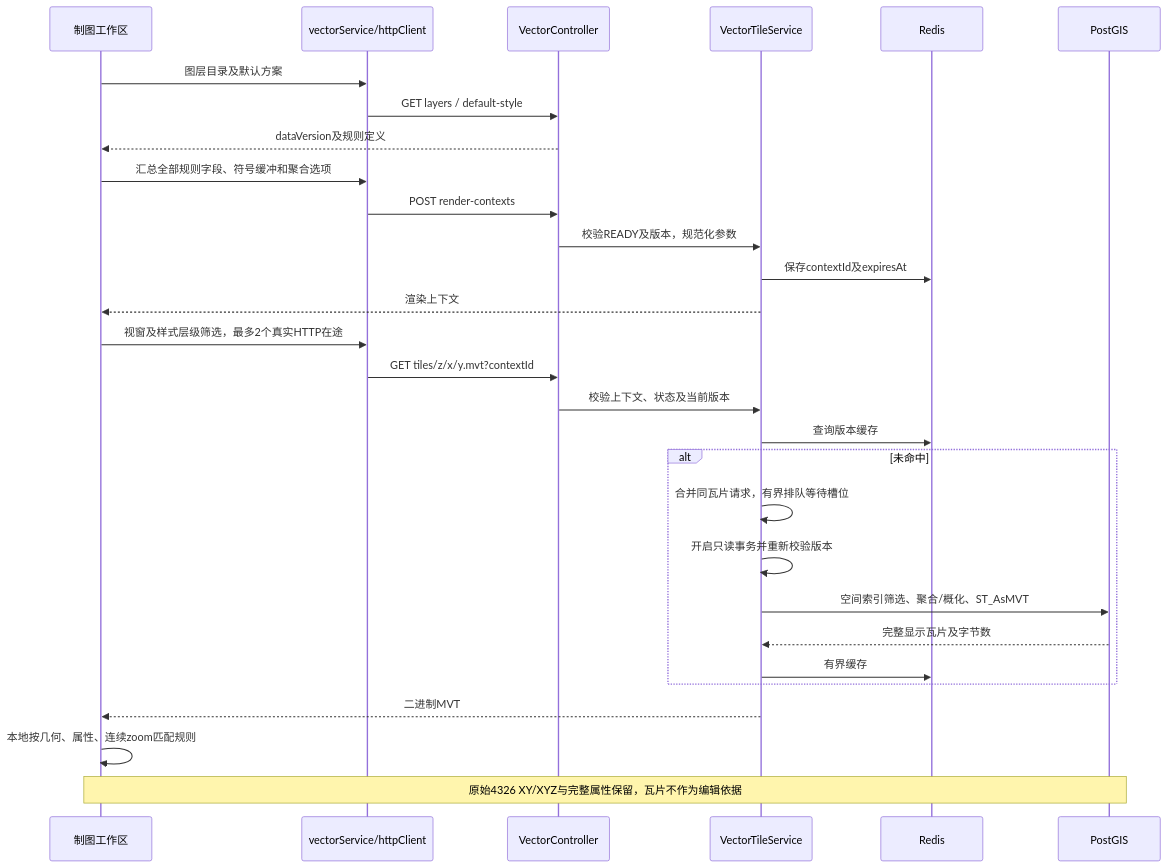
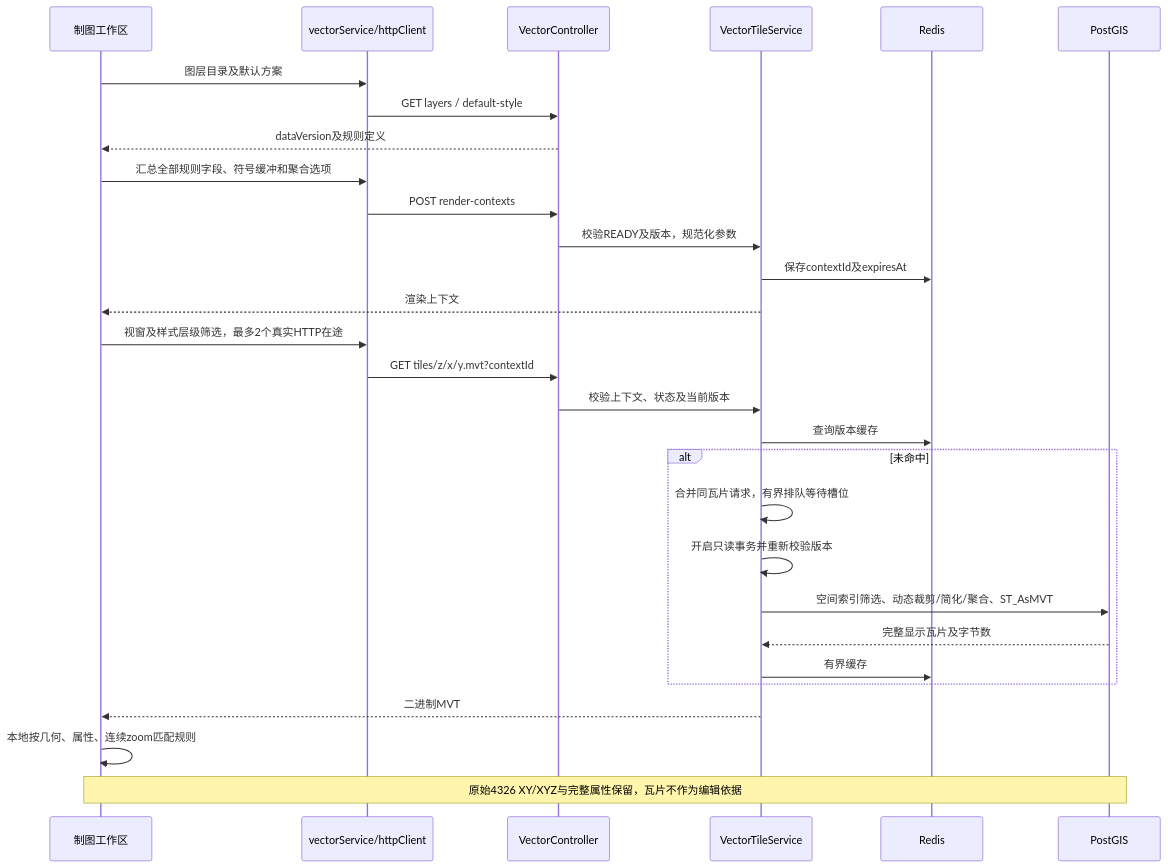
The second of 3 diagrams in docs/ARCHITECTURE 架构说明.md (ch-dpf/Ocean_Admin_Service), drawn with Mermaid before and after one commit. The commit also changed other lines of this file and 17 other files, not shown here.

````diff
--- a/docs/ARCHITECTURE 架构说明.md
+++ b/docs/ARCHITECTURE 架构说明.md
@@ -79,31 +79,31 @@
 ```mermaid
 sequenceDiagram
   participant UI as 制图工作区
   participant HTTP as vectorService/httpClient
   participant API as VectorController
   participant Tile as VectorTileService
   participant Redis
   participant DB as PostGIS
   UI->>HTTP: 图层目录及默认方案
   HTTP->>API: GET layers / default-style
   API-->>UI: dataVersion及规则定义
   UI->>HTTP: 汇总全部规则字段、符号缓冲和聚合选项
   HTTP->>API: POST render-contexts
   API->>Tile: 校验READY及版本，规范化参数
   Tile->>Redis: 保存contextId及expiresAt
   Tile-->>UI: 渲染上下文
   UI->>HTTP: 视窗及样式层级筛选，最多2个真实HTTP在途
   HTTP->>API: GET tiles/z/x/y.mvt?contextId
   API->>Tile: 校验上下文、状态及当前版本
   Tile->>Redis: 查询版本缓存
   alt 未命中
     Tile->>Tile: 合并同瓦片请求，有界排队等待槽位
     Tile->>Tile: 开启只读事务并重新校验版本
-    Tile->>DB: 空间索引筛选、聚合/概化、ST_AsMVT
+    Tile->>DB: 空间索引筛选、动态裁剪/简化/聚合、ST_AsMVT
     DB-->>Tile: 完整显示瓦片及字节数
     Tile->>Redis: 有界缓存
   end
   Tile-->>UI: 二进制MVT
   UI->>UI: 本地按几何、属性、连续zoom匹配规则
   Note over UI,DB: 原始4326 XY/XYZ与完整属性保留，瓦片不作为编辑依据
 ```
````
